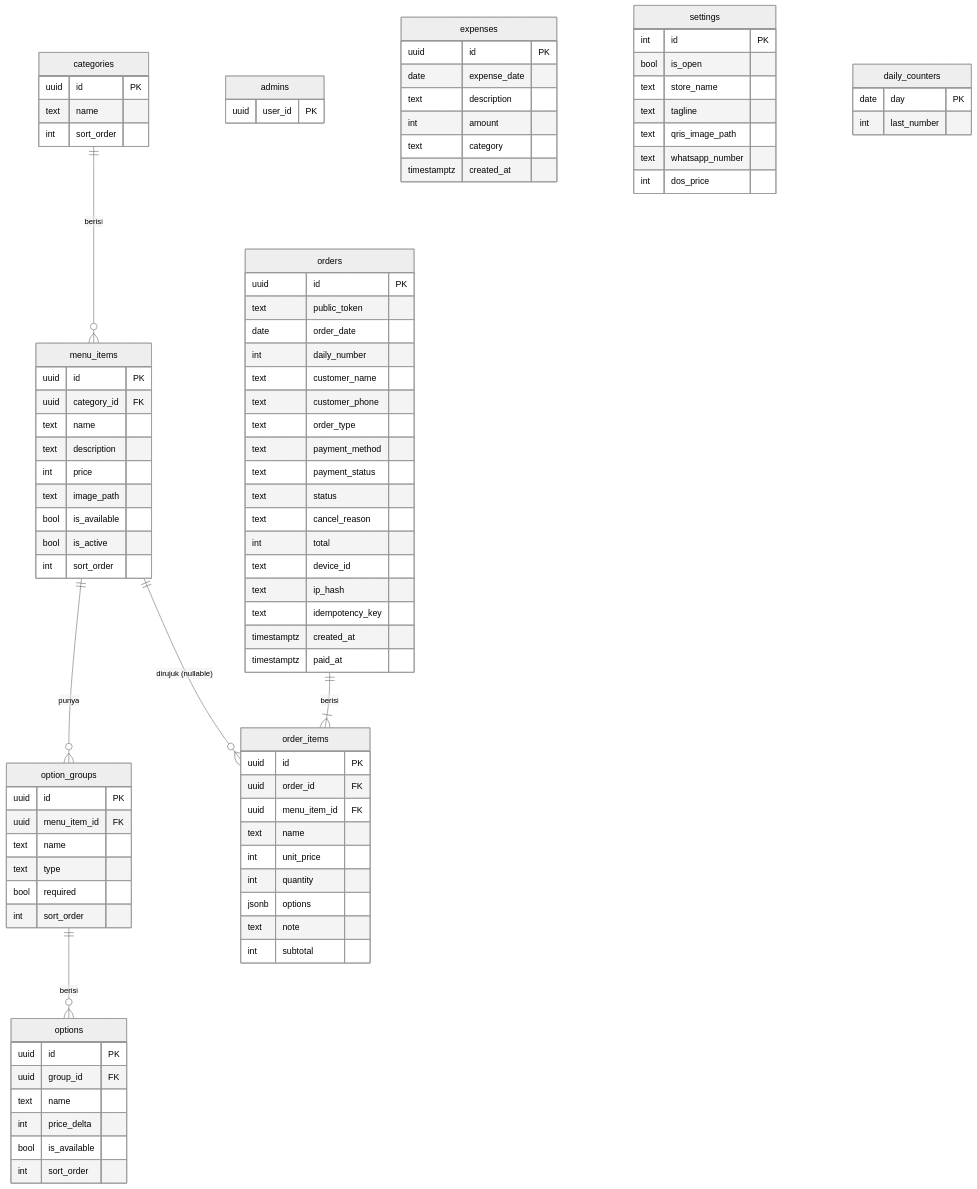
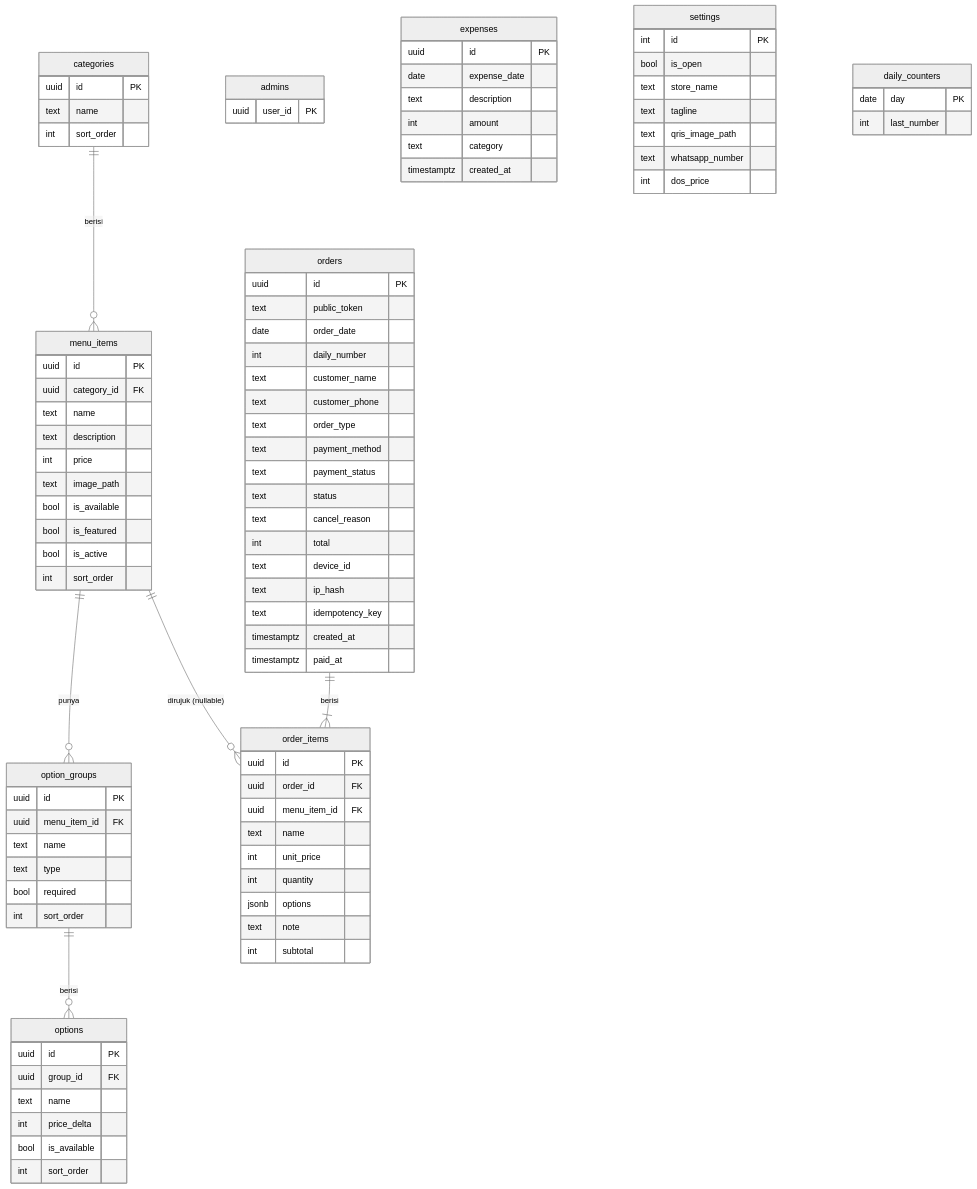
Before and after one commit to adrielwalintukan/Rumah-Makan-Sipil: the second of 2 diagrams in docs/architecture.md, drawn with Mermaid (neutral theme). The commit also changed other lines of this file and 4 other files, not shown here.

First line of the commit message:
docs: catat menu unggulan (D12) di PRD, arsitektur, alur, roadmap, dan design-system

```diff
--- a/docs/architecture.md
+++ b/docs/architecture.md
@@ -127,6 +127,7 @@
         int price
         text image_path
         bool is_available
+        bool is_featured
         bool is_active
         int sort_order
     }
```
